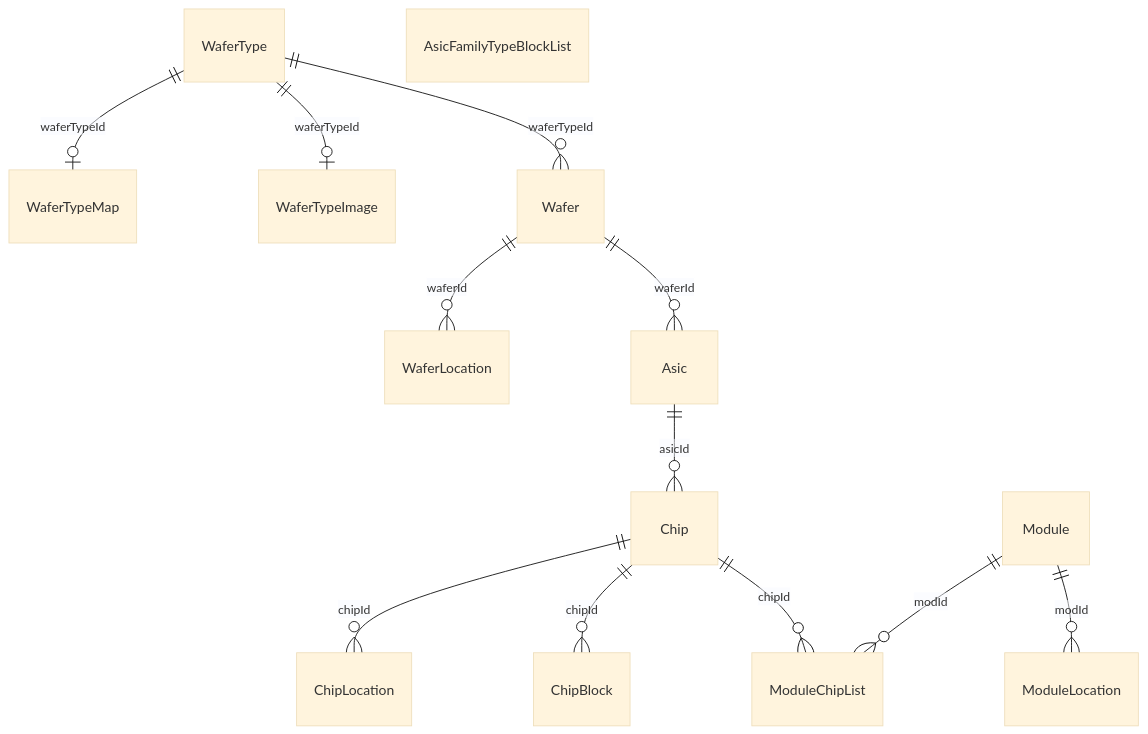
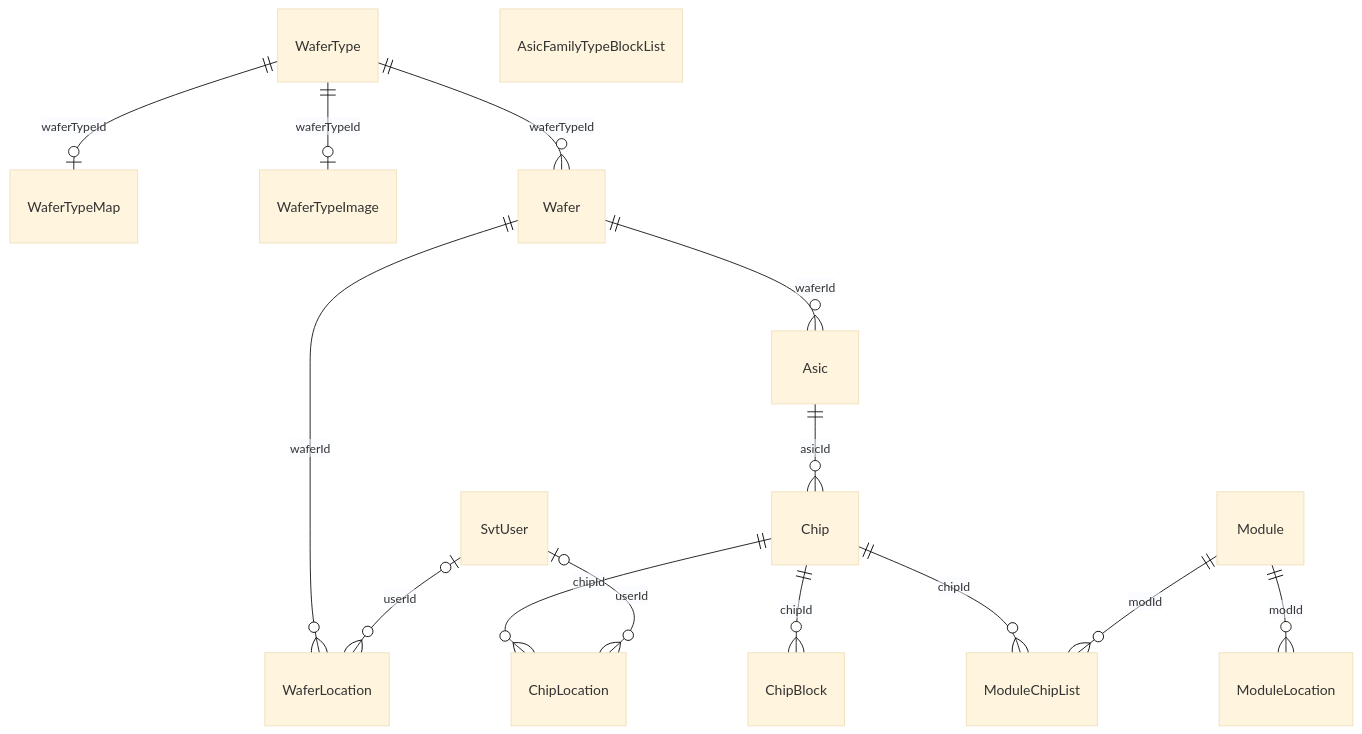
The first of 3 diagrams in DbAgentNext/docs/database-schema.md (SVT-WP2/SVTSW), drawn with Mermaid (base theme) before and after one commit. The commit also changed other lines of this file and 10 other files, not shown here.

````diff
--- a/DbAgentNext/docs/database-schema.md
+++ b/DbAgentNext/docs/database-schema.md
@@ -69,15 +70,17 @@
 ```mermaid
 erDiagram
     WaferType ||--o| WaferTypeMap : "waferTypeId"
     WaferType ||--o| WaferTypeImage : "waferTypeId"
     WaferType ||--o{ Wafer : "waferTypeId"
     Wafer ||--o{ WaferLocation : "waferId"
     Wafer ||--o{ Asic : "waferId"
     Asic ||--o{ Chip : "asicId"
     Chip ||--o{ ChipLocation : "chipId"
+    SvtUser |o--o{ WaferLocation : "userId"
+    SvtUser |o--o{ ChipLocation : "userId"
     Chip ||--o{ ChipBlock : "chipId"
     Chip ||--o{ ModuleChipList : "chipId"
     Module ||--o{ ModuleChipList : "modId"
     Module ||--o{ ModuleLocation : "modId"
     AsicFamilyTypeBlockList
 ```
````
